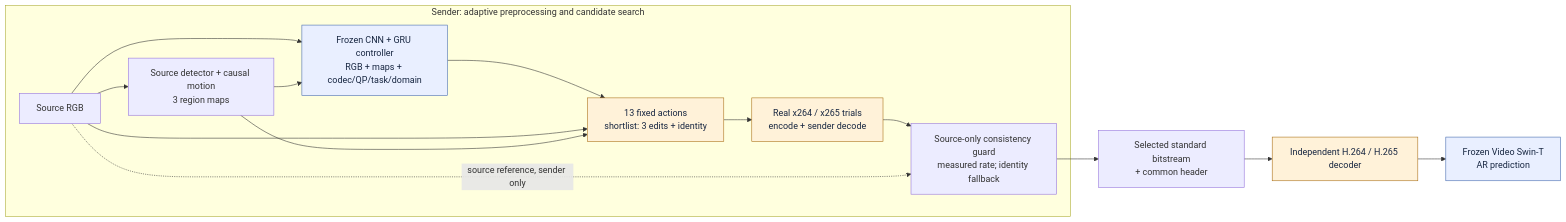
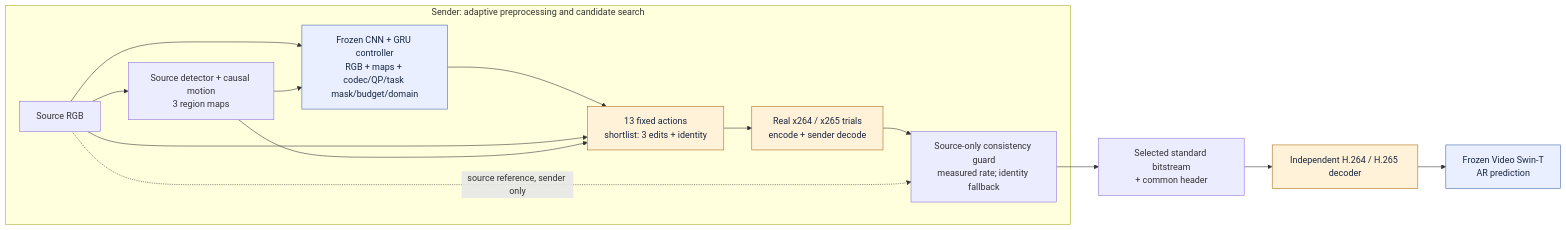
The diagram in README.md (munnn01/adaptive_preprocessing), drawn with Mermaid before and after one commit. The commit also changed other lines of this file and 6 other files, not shown here.

````diff
--- a/README.md
+++ b/README.md
@@ -20,29 +20,29 @@
 ```mermaid
 flowchart LR
     accTitle: V34-R1 sender and receiver
     accDescr: Source RGB supplies region maps and a sender-only reference. A frozen controller shortlists filtering actions. Real codec trials feed a source guard; the selected packet reaches an independent standard decoder and frozen Video Swin.
     subgraph sender["Sender: adaptive preprocessing and candidate search"]
         source_rgb["Source RGB"]
         region_maps["Source detector + causal motion<br/>3 region maps"]
-        controller["Frozen CNN + GRU controller<br/>RGB + maps + codec/QP/task/domain"]
+        controller["Frozen CNN + GRU controller<br/>RGB + maps + codec/QP/task mask/budget/domain"]
         candidates["13 fixed actions<br/>shortlist: 3 edits + identity"]
         codec_trials["Real x264 / x265 trials<br/>encode + sender decode"]
         source_guard["Source-only consistency guard<br/>measured rate; identity fallback"]
         source_rgb --> region_maps
         source_rgb --> controller
         region_maps --> controller
         controller --> candidates
         source_rgb --> candidates
         region_maps --> candidates
         candidates --> codec_trials --> source_guard
         source_rgb -. "source reference, sender only" .-> source_guard
     end
     packet["Selected standard bitstream<br/>+ common header"]
     decoder["Independent H.264 / H.265 decoder"]
     video_swin["Frozen Video Swin-T<br/>AR prediction"]
     source_guard --> packet --> decoder --> video_swin
     classDef frozen fill:#e9efff,stroke:#4268ad,color:#172641
     classDef fixed fill:#fff2d9,stroke:#a86c12,color:#172641
     class controller,video_swin frozen
     class candidates,codec_trials,decoder fixed
 ```
````
